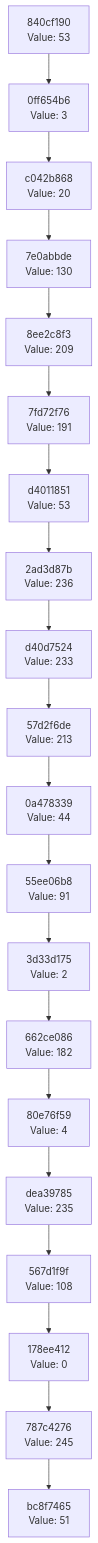
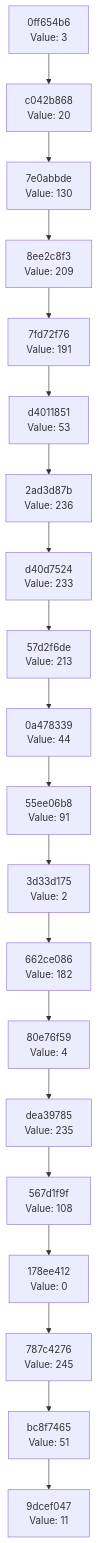
One commit to Abhisheksinha1506/hash-chain-evolver changed the diagram in docs/CHAIN_VISUALIZATION.md. Above: the diagram before and after it, drawn with Mermaid. The commit also changed 2 other files, not shown here.

Commit message:
Evolution step: hash 0x0B → action executed

````diff
--- a/docs/CHAIN_VISUALIZATION.md
+++ b/docs/CHAIN_VISUALIZATION.md
@@ -3,42 +3,42 @@
 ```mermaid
 graph TD
-    C0["bc8f7465<br/>Value: 51"]
-    C1["787c4276<br/>Value: 245"]
+    C0["9dcef047<br/>Value: 11"]
+    C1["bc8f7465<br/>Value: 51"]
     C1 --> C0
-    C2["178ee412<br/>Value: 0"]
+    C2["787c4276<br/>Value: 245"]
     C2 --> C1
-    C3["567d1f9f<br/>Value: 108"]
+    C3["178ee412<br/>Value: 0"]
     C3 --> C2
-    C4["dea39785<br/>Value: 235"]
+    C4["567d1f9f<br/>Value: 108"]
     C4 --> C3
-    C5["80e76f59<br/>Value: 4"]
+    C5["dea39785<br/>Value: 235"]
     C5 --> C4
-    C6["662ce086<br/>Value: 182"]
+    C6["80e76f59<br/>Value: 4"]
     C6 --> C5
-    C7["3d33d175<br/>Value: 2"]
+    C7["662ce086<br/>Value: 182"]
     C7 --> C6
-    C8["55ee06b8<br/>Value: 91"]
+    C8["3d33d175<br/>Value: 2"]
     C8 --> C7
-    C9["0a478339<br/>Value: 44"]
+    C9["55ee06b8<br/>Value: 91"]
     C9 --> C8
-    C10["57d2f6de<br/>Value: 213"]
+    C10["0a478339<br/>Value: 44"]
     C10 --> C9
-    C11["d40d7524<br/>Value: 233"]
+    C11["57d2f6de<br/>Value: 213"]
     C11 --> C10
-    C12["2ad3d87b<br/>Value: 236"]
+    C12["d40d7524<br/>Value: 233"]
     C12 --> C11
-    C13["d4011851<br/>Value: 53"]
+    C13["2ad3d87b<br/>Value: 236"]
     C13 --> C12
-    C14["7fd72f76<br/>Value: 191"]
+    C14["d4011851<br/>Value: 53"]
     C14 --> C13
-    C15["8ee2c8f3<br/>Value: 209"]
+    C15["7fd72f76<br/>Value: 191"]
     C15 --> C14
-    C16["7e0abbde<br/>Value: 130"]
+    C16["8ee2c8f3<br/>Value: 209"]
     C16 --> C15
-    C17["c042b868<br/>Value: 20"]
+    C17["7e0abbde<br/>Value: 130"]
     C17 --> C16
-    C18["0ff654b6<br/>Value: 3"]
+    C18["c042b868<br/>Value: 20"]
     C18 --> C17
-    C19["840cf190<br/>Value: 53"]
+    C19["0ff654b6<br/>Value: 3"]
     C19 --> C18
 ```
````
